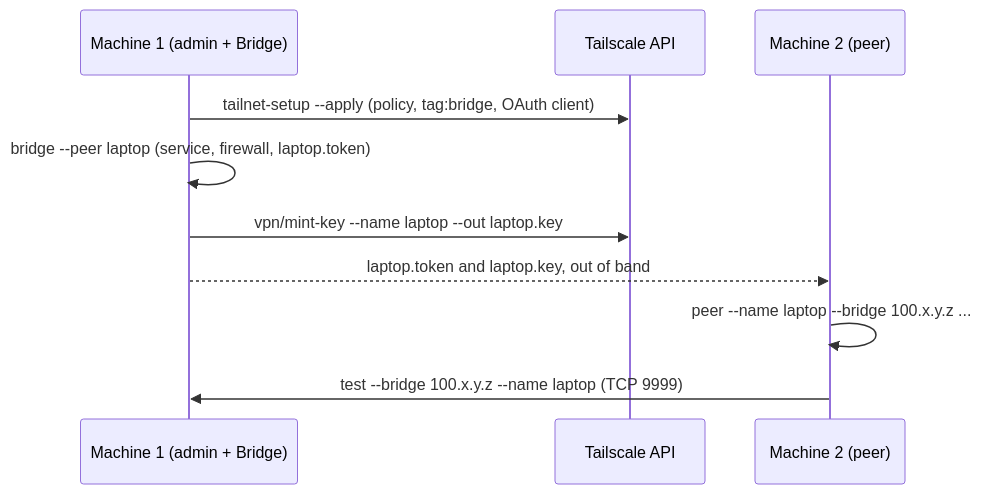
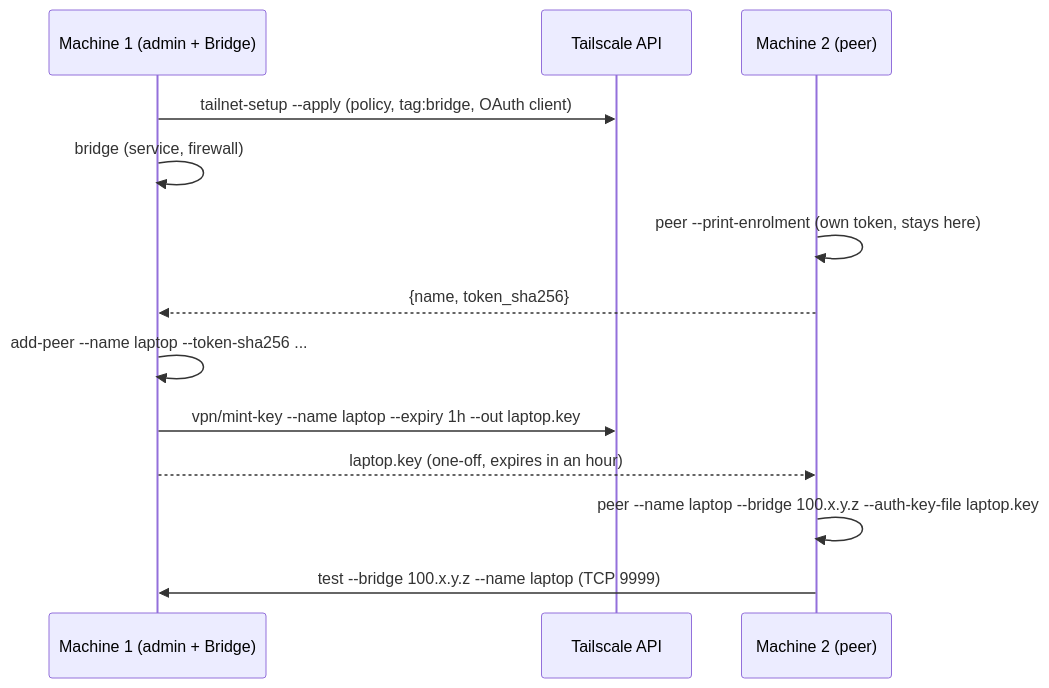
Before and after one commit to mbadali25/useful-claude-add-ons: the diagram in plugin/ai-connect/deploy/README.md, drawn with Mermaid. The commit also changed other lines of this file and 12 other files, not shown here.

````diff
--- a/plugin/ai-connect/deploy/README.md
+++ b/plugin/ai-connect/deploy/README.md
@@ -9,12 +9,15 @@
 ```mermaid
 sequenceDiagram
     participant A as Machine 1 (admin + Bridge)
     participant T as Tailscale API
     participant P as Machine 2 (peer)
     A->>T: tailnet-setup --apply (policy, tag:bridge, OAuth client)
-    A->>A: bridge --peer laptop (service, firewall, laptop.token)
-    A->>T: vpn/mint-key --name laptop --out laptop.key
-    A-->>P: laptop.token and laptop.key, out of band
-    P->>P: peer --name laptop --bridge 100.x.y.z ...
+    A->>A: bridge (service, firewall)
+    P->>P: peer --print-enrolment (own token, stays here)
+    P-->>A: {name, token_sha256}
+    A->>A: add-peer --name laptop --token-sha256 ...
+    A->>T: vpn/mint-key --name laptop --expiry 1h --out laptop.key
+    A-->>P: laptop.key (one-off, expires in an hour)
+    P->>P: peer --name laptop --bridge 100.x.y.z --auth-key-file laptop.key
     P->>A: test --bridge 100.x.y.z --name laptop (TCP 9999)
 ```
````
